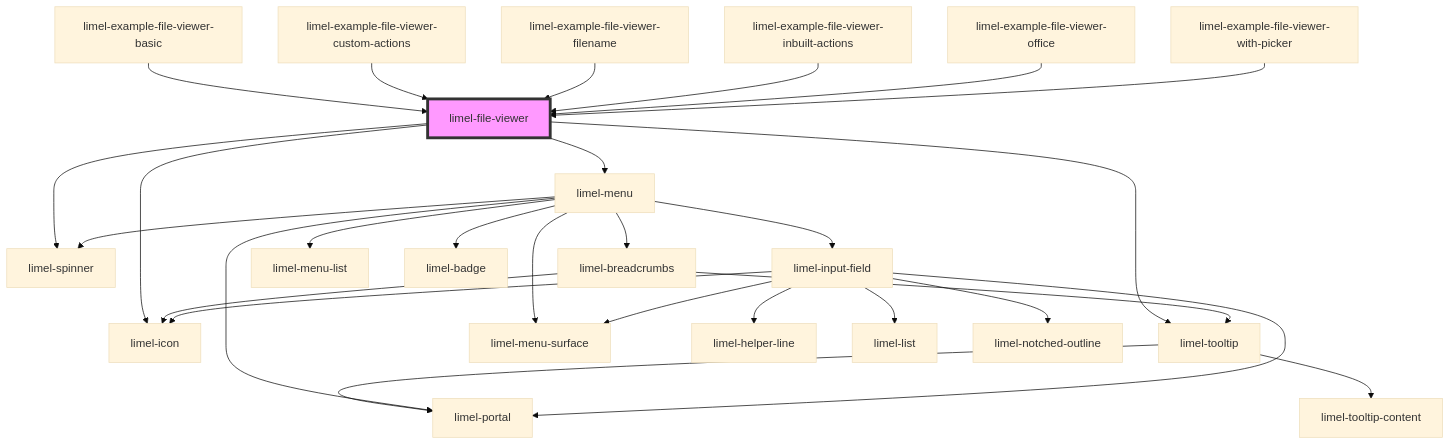
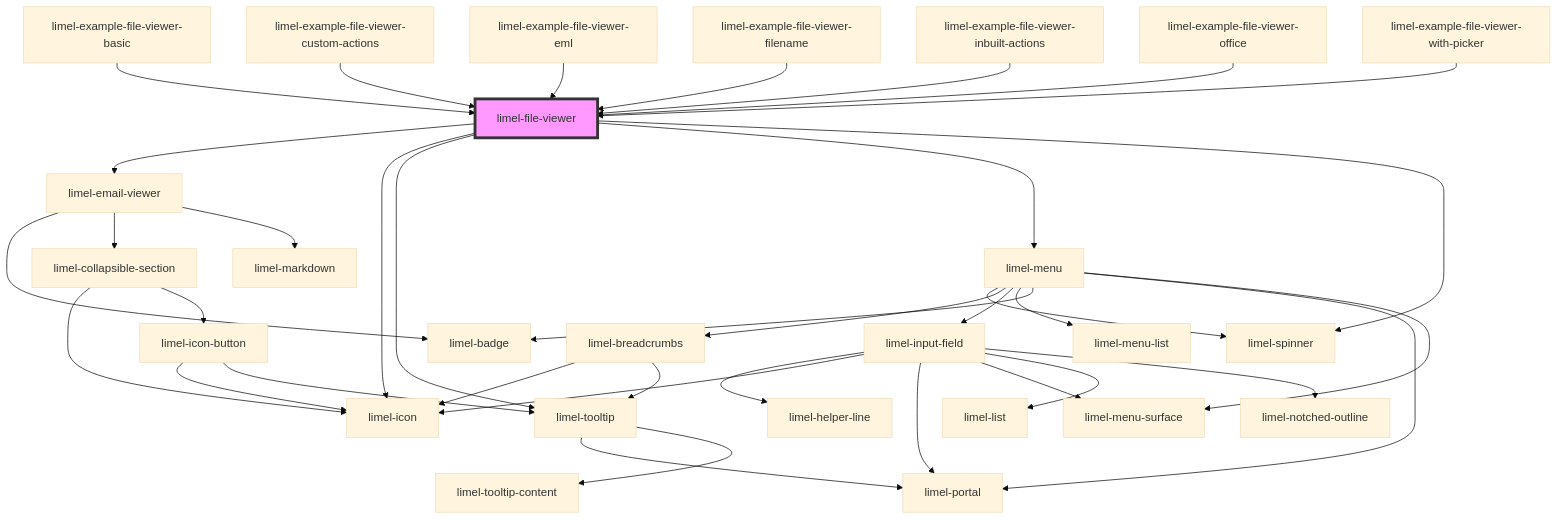
The diagram in versions/PR-3818/markdown-docs/components/file-viewer/readme.md (Lundalogik/lime-elements), drawn with Mermaid (base theme) before and after one commit. The commit also changed other lines of this file and 1471 other files, not shown here.

````diff
--- a/versions/PR-3818/markdown-docs/components/file-viewer/readme.md
+++ b/versions/PR-3818/markdown-docs/components/file-viewer/readme.md
@@ -71,31 +70,40 @@
 ```mermaid
 graph TD;
+  limel-file-viewer --> limel-email-viewer
   limel-file-viewer --> limel-icon
   limel-file-viewer --> limel-tooltip
   limel-file-viewer --> limel-menu
   limel-file-viewer --> limel-spinner
+  limel-email-viewer --> limel-badge
+  limel-email-viewer --> limel-collapsible-section
+  limel-email-viewer --> limel-markdown
+  limel-collapsible-section --> limel-icon
+  limel-collapsible-section --> limel-icon-button
+  limel-icon-button --> limel-icon
+  limel-icon-button --> limel-tooltip
   limel-tooltip --> limel-portal
   limel-tooltip --> limel-tooltip-content
   limel-menu --> limel-spinner
   limel-menu --> limel-breadcrumbs
   limel-menu --> limel-input-field
   limel-menu --> limel-menu-list
   limel-menu --> limel-badge
   limel-menu --> limel-portal
   limel-menu --> limel-menu-surface
   limel-breadcrumbs --> limel-icon
   limel-breadcrumbs --> limel-tooltip
   limel-input-field --> limel-helper-line
   limel-input-field --> limel-icon
   limel-input-field --> limel-portal
   limel-input-field --> limel-menu-surface
   limel-input-field --> limel-list
   limel-input-field --> limel-notched-outline
   limel-example-file-viewer-basic --> limel-file-viewer
   limel-example-file-viewer-custom-actions --> limel-file-viewer
+  limel-example-file-viewer-eml --> limel-file-viewer
   limel-example-file-viewer-filename --> limel-file-viewer
   limel-example-file-viewer-inbuilt-actions --> limel-file-viewer
   limel-example-file-viewer-office --> limel-file-viewer
   limel-example-file-viewer-with-picker --> limel-file-viewer
   style limel-file-viewer fill:#f9f,stroke:#333,stroke-width:4px
 ```
````
